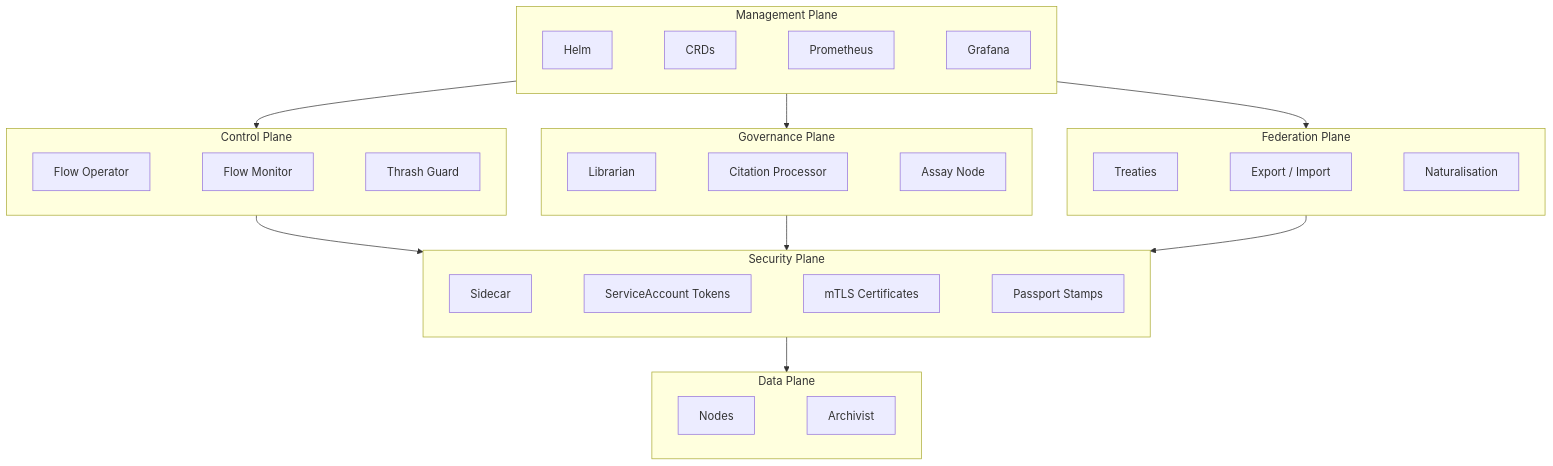
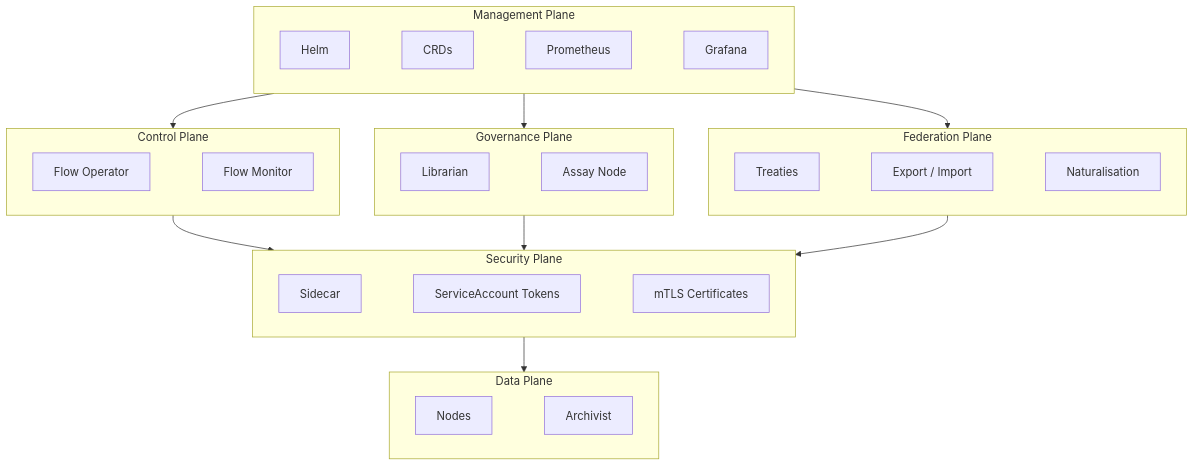
Before and after one commit to really-knows-ai/gideas: the diagram in 01-concepts/01-architecture.md, drawn with Mermaid. The commit also changed other lines of this file and 2 other files, not shown here.

Commit message:
Refine architecture and governance documentation, clarifying the structure of planes and the role of the Governance Plane, and improving the description of feedback processes in the data model.

````diff
--- a/01-concepts/01-architecture.md
+++ b/01-concepts/01-architecture.md
@@ -11,42 +11,42 @@
 ```mermaid
 graph TD
     subgraph mgmt["Management Plane"]
         direction LR
         Helm ~~~ CRDs ~~~ Prometheus ~~~ Grafana
     end
 
     subgraph ctrl["Control Plane"]
         direction LR
-        Operator[Flow Operator] ~~~ Monitor[Flow Monitor] ~~~ Thrash[Thrash Guard]
+        Operator[Flow Operator] ~~~ Monitor[Flow Monitor]
     end
 
     subgraph gov["Governance Plane"]
         direction LR
-        Librarian ~~~ Citations[Citation Processor] ~~~ Assay[Assay Node]
+        Librarian ~~~ Assay[Assay Node]
     end
 
     subgraph fed["Federation Plane"]
         direction LR
         Treaties ~~~ Export[Export / Import] ~~~ Nat[Naturalisation]
     end
 
     subgraph sec["Security Plane"]
         direction LR
-        Sidecar ~~~ Tokens[ServiceAccount Tokens] ~~~ mTLS[mTLS Certificates] ~~~ Stamps[Passport Stamps]
+        Sidecar ~~~ Tokens[ServiceAccount Tokens] ~~~ mTLS[mTLS Certificates]
     end
 
     subgraph data["Data Plane"]
         direction LR
         Nodes ~~~ Archivist
     end
 
     mgmt --> ctrl
     mgmt --> gov
     mgmt --> fed
 
     ctrl --> sec
     gov --> sec
     fed --> sec
 
     sec --> data
 ```
````
